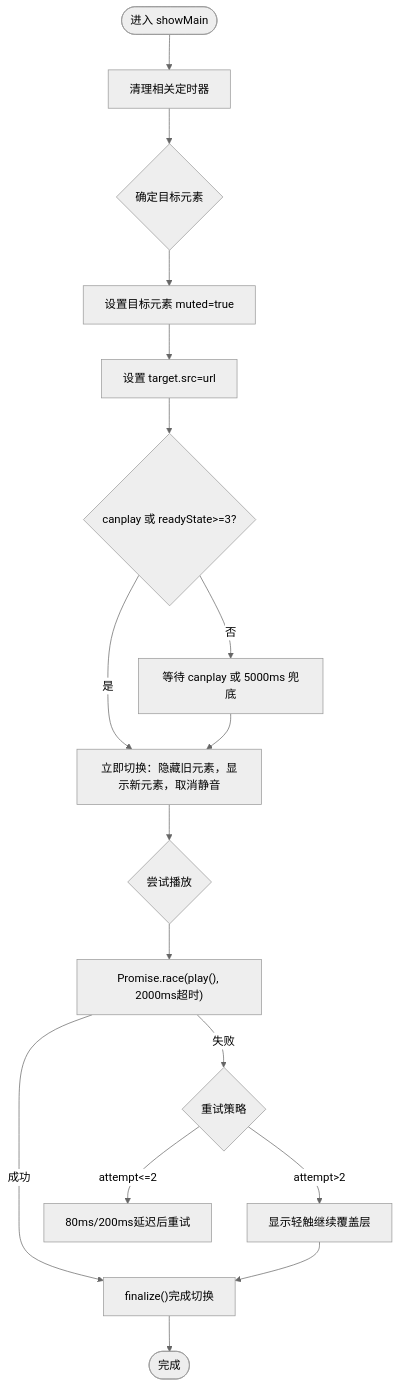
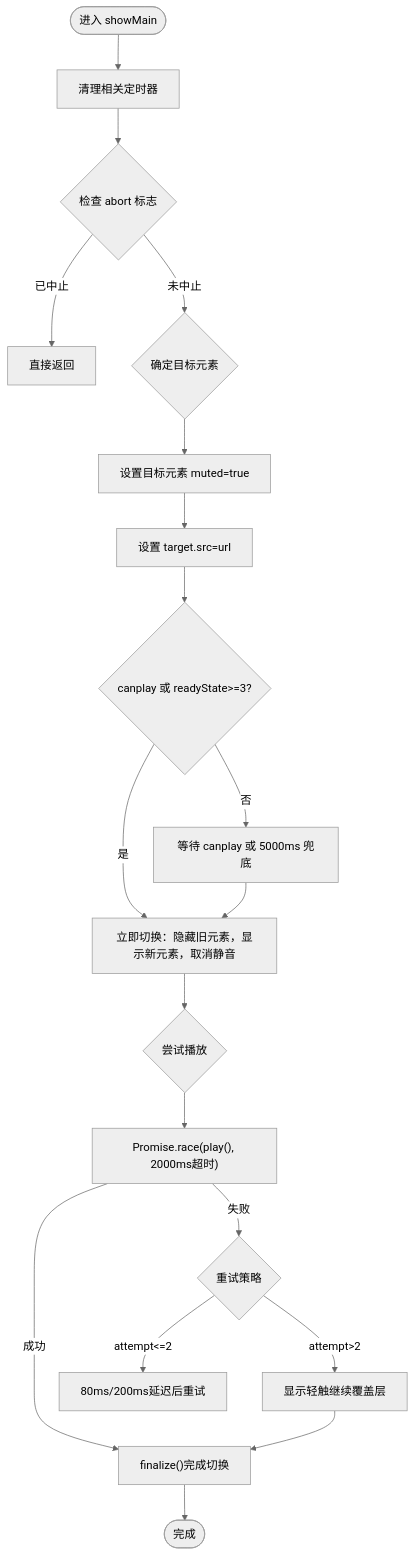
The third of 6 diagrams in .qoder/repowiki/zh/content/前端应用/虚拟形象系统.md (leo21cn/real-time-talk), drawn with Mermaid (neutral theme) before and after one commit. The commit also changed other lines of this file and 5 other files, not shown here.

````diff
--- a/.qoder/repowiki/zh/content/前端应用/虚拟形象系统.md
+++ b/.qoder/repowiki/zh/content/前端应用/虚拟形象系统.md
@@ -202,19 +208,21 @@
 ```mermaid
 flowchart TD
 Start(["进入 showMain"]) --> ClearTimers["清理相关定时器"]
-ClearTimers --> DecideTarget{"确定目标元素"}
+ClearTimers --> CheckAbort{"检查 abort 标志"}
+CheckAbort --> |已中止| Return["直接返回"]
+CheckAbort --> |未中止| DecideTarget{"确定目标元素"}
 DecideTarget --> SetMuted["设置目标元素 muted=true"]
 SetMuted --> LoadSrc["设置 target.src=url"]
 LoadSrc --> CanPlay{"canplay 或 readyState>=3?"}
 CanPlay --> |是| Switch["立即切换：隐藏旧元素，显示新元素，取消静音"]
 CanPlay --> |否| WaitTimer["等待 canplay 或 5000ms 兜底"]
 WaitTimer --> Switch
 Switch --> PlayAttempt{"尝试播放"}
 PlayAttempt --> RacePromise["Promise.race(play(), 2000ms超时)"]
 RacePromise --> |成功| Finalize["finalize()完成切换"]
 RacePromise --> |失败| Retry{"重试策略"}
 Retry --> |attempt<=2| Delay["80ms/200ms延迟后重试"]
 Retry --> |attempt>2| ShowOverlay["显示轻触继续覆盖层"]
 ShowOverlay --> Finalize
 Finalize --> End(["完成"])
 ```
````
